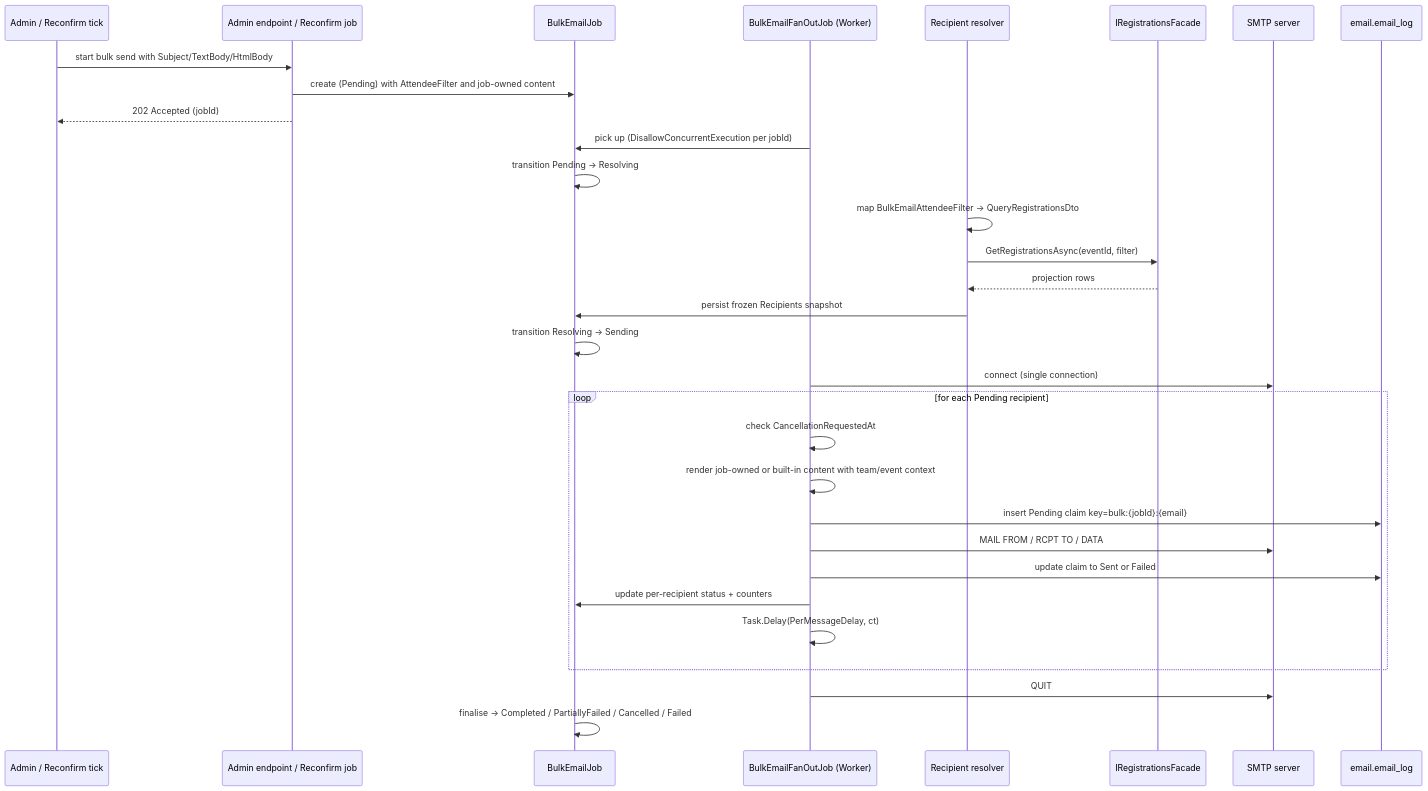
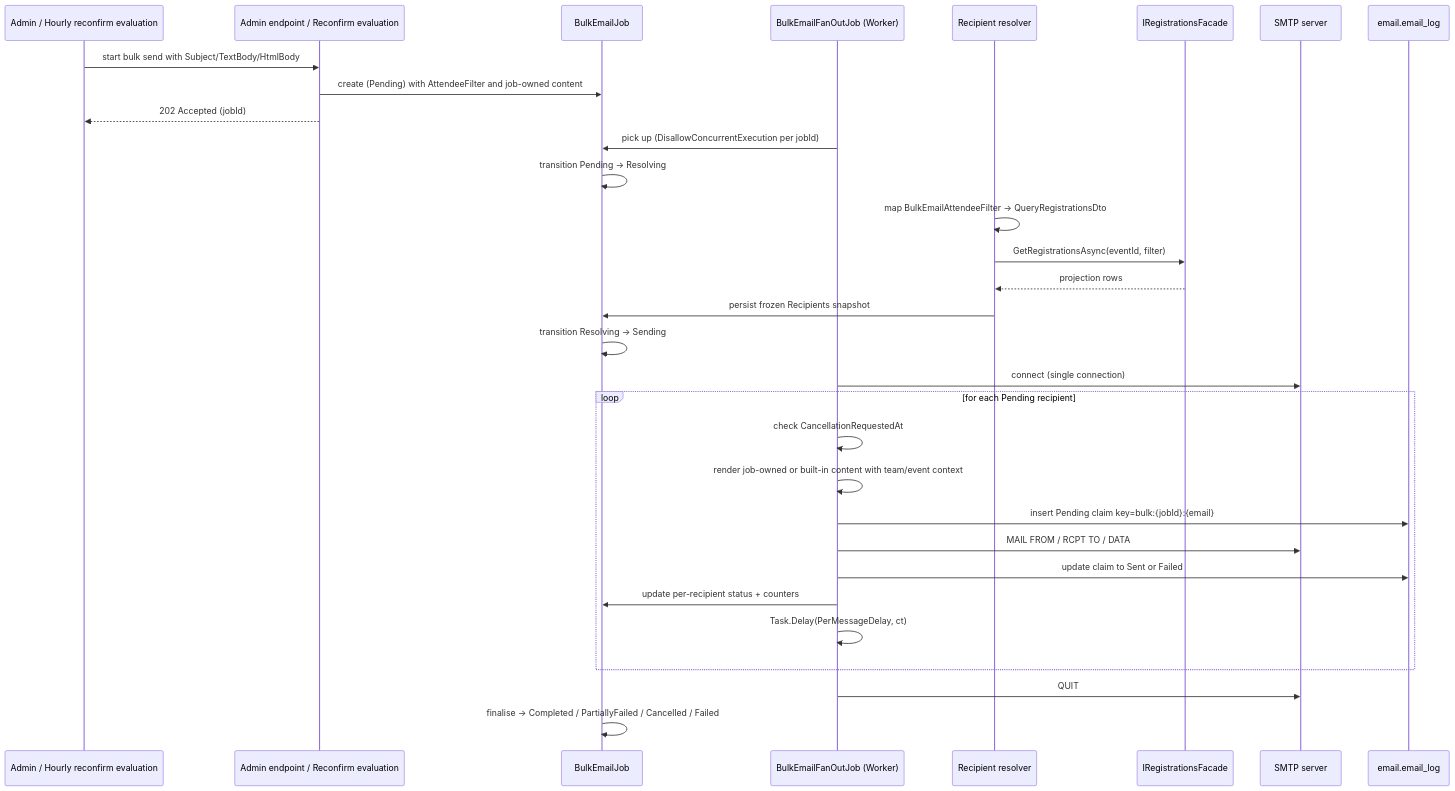
Before and after one commit to amolenk/Admitto: the ninth of 12 diagrams in docs/arc42/06-runtime-view.md, drawn with Mermaid. The commit also changed other lines of this file and 68 other files, not shown here.

````diff
--- a/docs/arc42/06-runtime-view.md
+++ b/docs/arc42/06-runtime-view.md
@@ -267,34 +267,34 @@
 ```mermaid
 sequenceDiagram
-    participant Admin as Admin / Reconfirm tick
-    participant Endpoint as Admin endpoint / Reconfirm job
+    participant Admin as Admin / Hourly reconfirm evaluation
+    participant Endpoint as Admin endpoint / Reconfirm evaluation
     participant Job as BulkEmailJob
     participant FanOut as BulkEmailFanOutJob (Worker)
     participant Resolver as Recipient resolver
     participant Facade as IRegistrationsFacade
     participant SMTP as SMTP server
     participant EmailLog as email.email_log
 
     Admin->>Endpoint: start bulk send with Subject/TextBody/HtmlBody
     Endpoint->>Job: create (Pending) with AttendeeFilter and job-owned content
     Endpoint-->>Admin: 202 Accepted (jobId)
     FanOut->>Job: pick up (DisallowConcurrentExecution per jobId)
     Job->>Job: transition Pending → Resolving
     Resolver->>Resolver: map BulkEmailAttendeeFilter → QueryRegistrationsDto
     Resolver->>Facade: GetRegistrationsAsync(eventId, filter)
     Facade-->>Resolver: projection rows
     Resolver->>Job: persist frozen Recipients snapshot
     Job->>Job: transition Resolving → Sending
     FanOut->>SMTP: connect (single connection)
     loop for each Pending recipient
       FanOut->>FanOut: check CancellationRequestedAt
       FanOut->>FanOut: render job-owned or built-in content with team/event context
       FanOut->>EmailLog: insert Pending claim key=bulk:{jobId}:{email}
       FanOut->>SMTP: MAIL FROM / RCPT TO / DATA
       FanOut->>EmailLog: update claim to Sent or Failed
       FanOut->>Job: update per-recipient status + counters
       FanOut->>FanOut: Task.Delay(PerMessageDelay, ct)
     end
     FanOut->>SMTP: QUIT
     Job->>Job: finalise → Completed / PartiallyFailed / Cancelled / Failed
 ```
````
